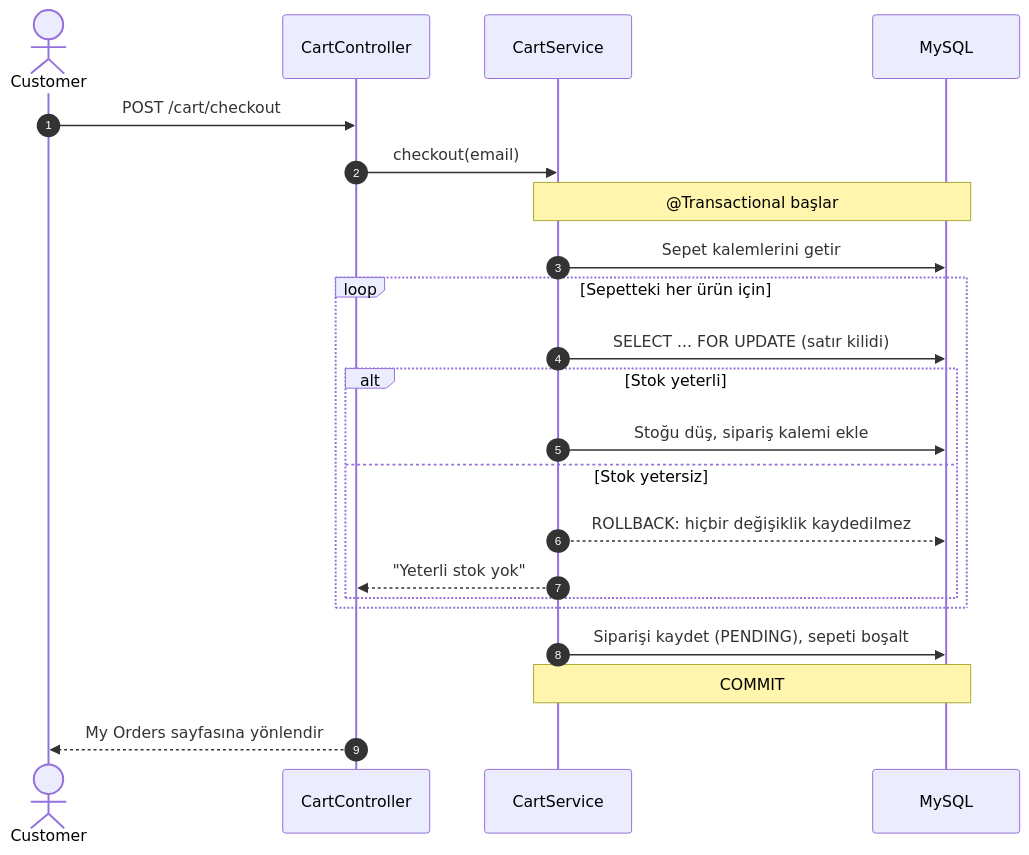
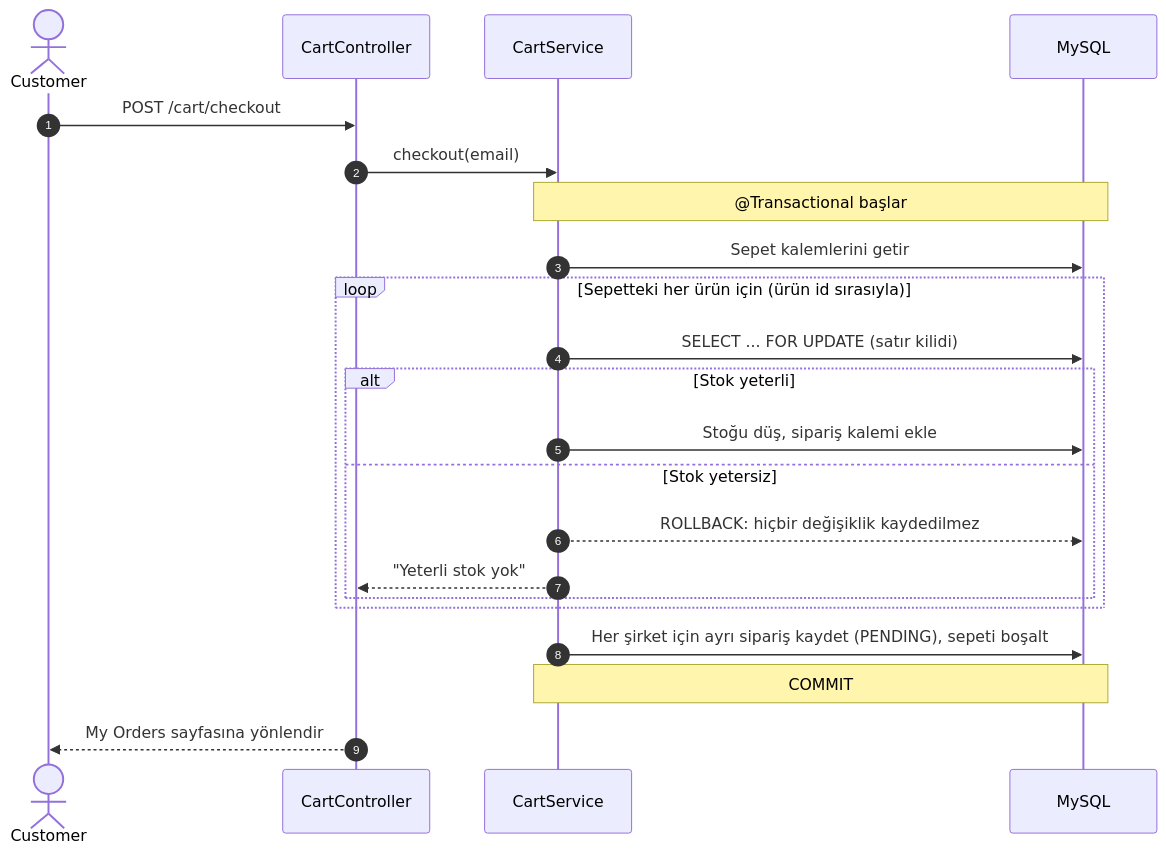
One commit to Gulfem93/OrderManagementSystem changed the first of 4 diagrams in README.md. Above: the diagram before and after it, drawn with Mermaid. The commit also changed other lines of this file and 28 other files, not shown here.

````diff
--- a/README.md
+++ b/README.md
@@ -61,25 +62,25 @@
 ```mermaid
 sequenceDiagram
     autonumber
     actor C as Customer
     participant Ctrl as CartController
     participant S as CartService
     participant DB as MySQL
 
     C->>Ctrl: POST /cart/checkout
     Ctrl->>S: checkout(email)
     Note over S,DB: @Transactional başlar
     S->>DB: Sepet kalemlerini getir
-    loop Sepetteki her ürün için
+    loop Sepetteki her ürün için (ürün id sırasıyla)
         S->>DB: SELECT ... FOR UPDATE (satır kilidi)
         alt Stok yeterli
             S->>DB: Stoğu düş, sipariş kalemi ekle
         else Stok yetersiz
             S-->>DB: ROLLBACK: hiçbir değişiklik kaydedilmez
             S-->>Ctrl: "Yeterli stok yok"
         end
     end
-    S->>DB: Siparişi kaydet (PENDING), sepeti boşalt
+    S->>DB: Her şirket için ayrı sipariş kaydet (PENDING), sepeti boşalt
     Note over S,DB: COMMIT
     Ctrl-->>C: My Orders sayfasına yönlendir
 ```
````
